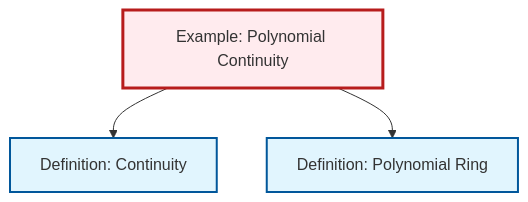
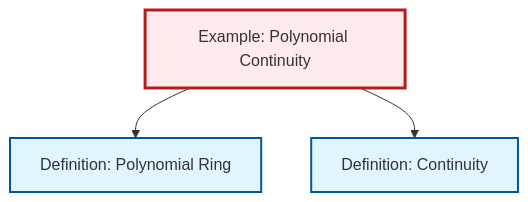
One commit to RK0429/ModernMath changed the diagram in content/en/analysis/ex-polynomial-continuity.qmd. Above: the diagram before and after it, drawn with Mermaid. The commit also changed other lines of this file and 581 other files, not shown here.

````diff
--- a/content/en/analysis/ex-polynomial-continuity.qmd
+++ b/content/en/analysis/ex-polynomial-continuity.qmd
@@ -57,17 +57,17 @@
 ```{mermaid}
 %%| fig-cap: "Local dependency graph"
 graph TD
     classDef definition fill:#e1f5fe,stroke:#01579b,stroke-width:2px
     classDef theorem fill:#f3e5f5,stroke:#4a148c,stroke-width:2px
     classDef axiom fill:#fff3e0,stroke:#e65100,stroke-width:2px
     classDef example fill:#e8f5e9,stroke:#1b5e20,stroke-width:2px
     classDef current fill:#ffebee,stroke:#b71c1c,stroke-width:3px
+    ex-polynomial-continuity["Example: Polynomial Continuity"]:::example
     def-polynomial-ring["Definition: Polynomial Ring"]:::definition
     def-continuity["Definition: Continuity"]:::definition
-    ex-polynomial-continuity["Example: Polynomial Continuity"]:::example
+    ex-polynomial-continuity --> def-polynomial-ring
     ex-polynomial-continuity --> def-continuity
-    ex-polynomial-continuity --> def-polynomial-ring
     class ex-polynomial-continuity current
     click def-polynomial-ring "def-polynomial-ring.html" "Go to Polynomial Ring definition"
     click def-continuity "def-continuity.html" "Go to Continuity definition"
 ```
````
